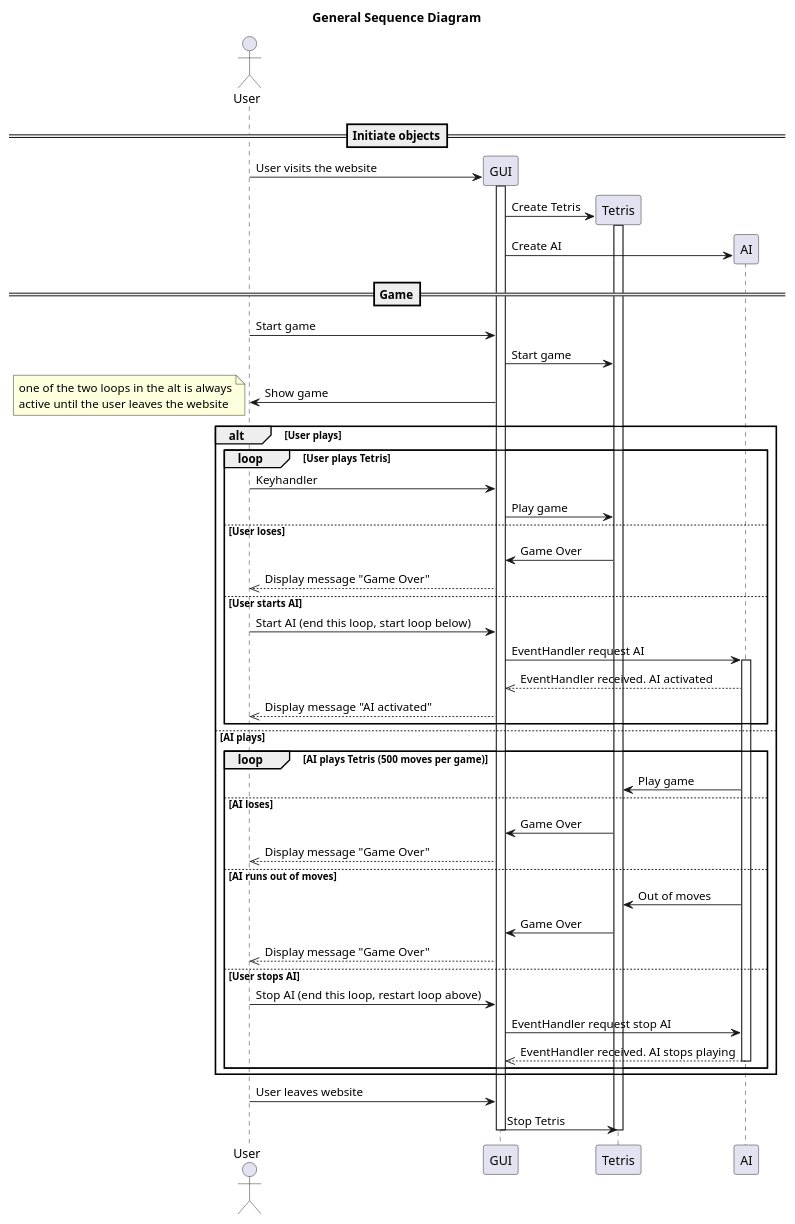
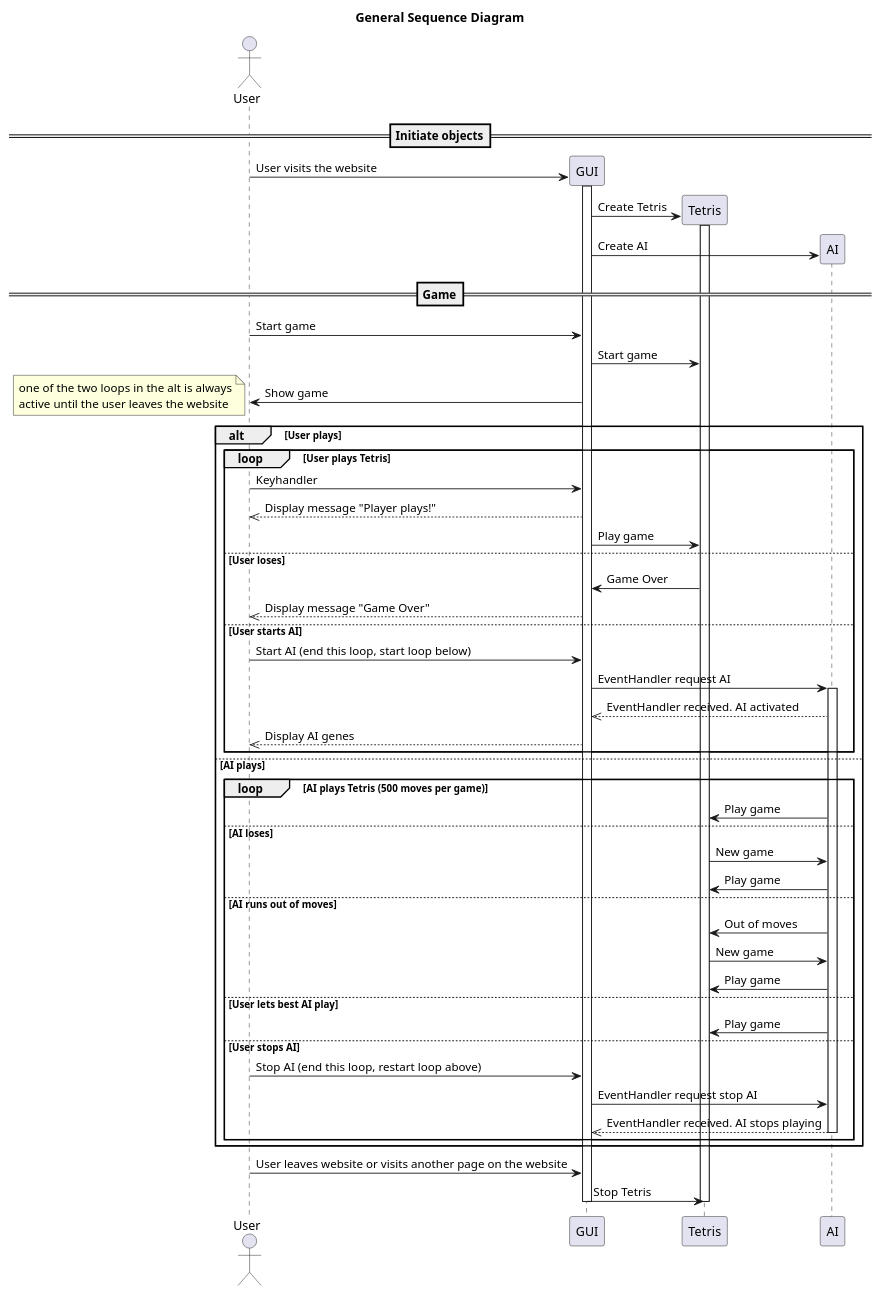
Before and after one commit to matissecallewaert/ai-tetris: the diagram in Analyse/GeneralSequence.puml, drawn with PlantUML. The commit also changed 2 other files, not shown here.

```diff
--- a/Analyse/GeneralSequence.puml
+++ b/Analyse/GeneralSequence.puml
@@ -1,67 +1,70 @@
 @startuml Teturisu
 
 title ==General Sequence Diagram==
 
 actor User
 
 ==Initiate objects==
 create GUI
 User -> GUI: User visits the website
 activate GUI
 create Tetris
 GUI -> Tetris: Create Tetris
 activate Tetris
 create AI
 GUI -> AI: Create AI
 
 
 ==Game==
 User -> GUI: Start game
 GUI -> Tetris: Start game
 GUI -> User: Show game
 
 note left
 one of the two loops in the alt is always
 active until the user leaves the website
 end note
 
 alt User plays
     loop User plays Tetris
         User -> GUI: Keyhandler
+        GUI -->> User: Display message "Player plays!"
         GUI-> Tetris: Play game
         else User loses
             Tetris -> GUI: Game Over
             GUI -->> User: Display message "Game Over"
         else User starts AI
             User -> GUI: Start AI (end this loop, start loop below)
             GUI -> AI: EventHandler request AI
             Activate AI
             AI -->> GUI: EventHandler received. AI activated
-            GUI -->> User: Display message "AI activated"
+            GUI -->> User: Display AI genes
     end
 
 else AI plays
     loop AI plays Tetris (500 moves per game)
         AI -> Tetris: Play game
         else AI loses
-            Tetris -> GUI: Game Over
-            GUI -->> User: Display message "Game Over"
+            Tetris -> AI: New game
+            AI -> Tetris: Play game
         else AI runs out of moves
             AI -> Tetris: Out of moves
-            Tetris -> GUI: Game Over
-            GUI -->> User: Display message "Game Over"
+            Tetris -> AI: New game
+            AI -> Tetris: Play game
+        else User lets best AI play
+            AI -> Tetris: Play game
         else User stops AI
             User -> GUI: Stop AI (end this loop, restart loop above)
             GUI -> AI: EventHandler request stop AI
             AI -->> GUI: EventHandler received. AI stops playing
             deactivate AI
     end
 end
 
 
-GUI <- User: User leaves website
+GUI <- User: User leaves website or visits another page on the website
 
 GUI -> Tetris: Stop Tetris
 deactivate Tetris
 deactivate GUI
 @enduml
```
